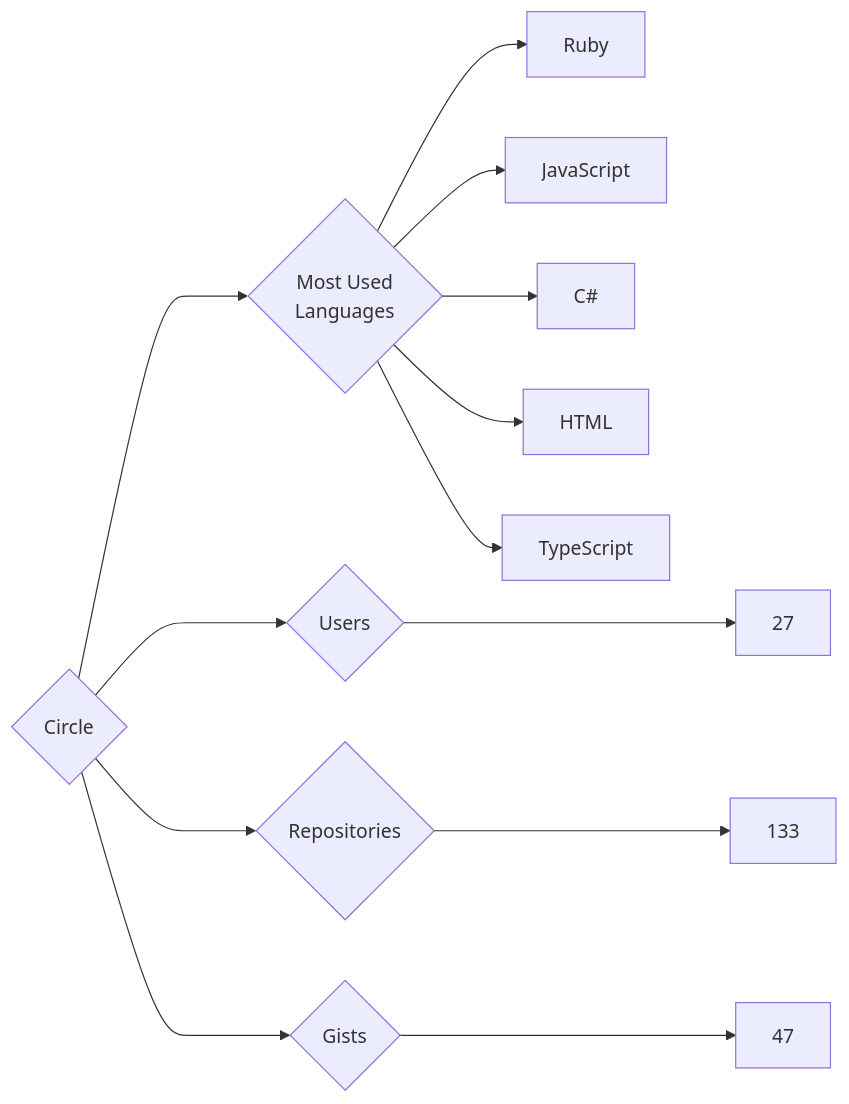
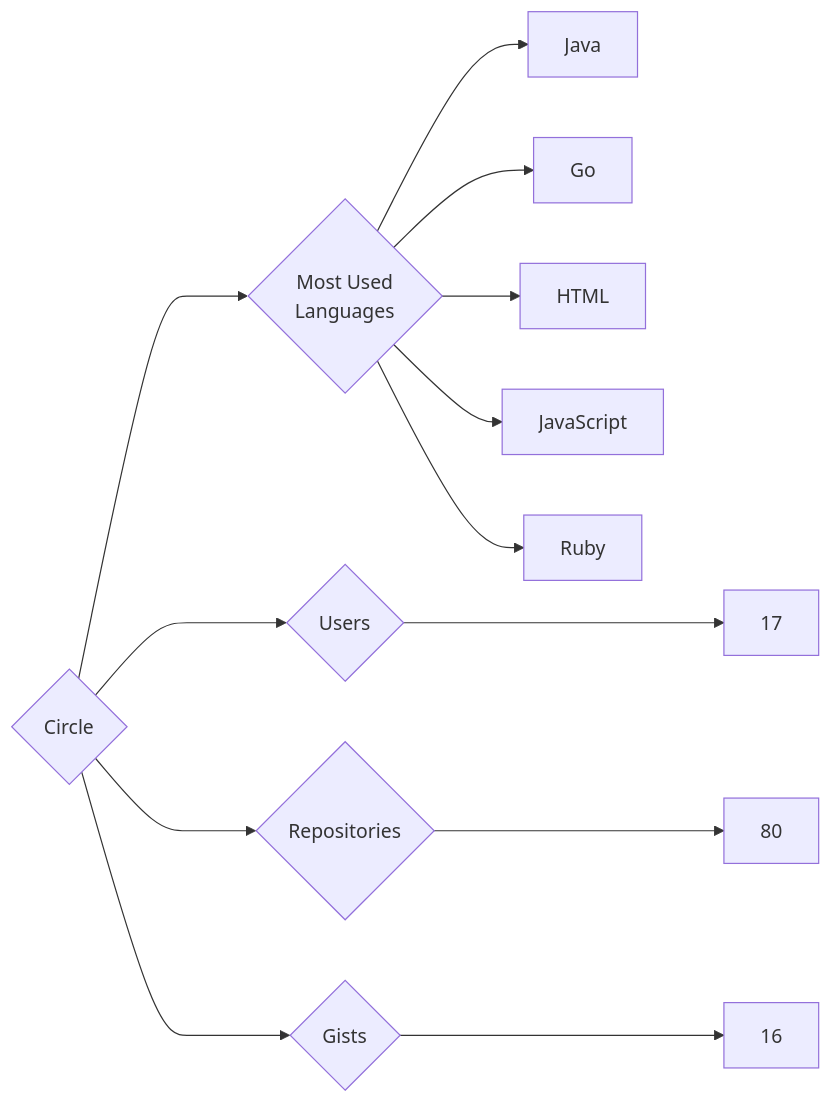
The diagram in targets/Circle/README.md (trickest/insiders), drawn with Mermaid before and after one commit. The commit also changed 895 other files, not shown here.

````diff
--- a/targets/Circle/README.md
+++ b/targets/Circle/README.md
@@ -3,13 +3,13 @@
 ```mermaid
 graph LR
 COMPANY_NAME{Circle}
-COMPANY_NAME ---> U{Users} ---> UN[27]
-COMPANY_NAME ---> R{Repositories} ---> RN[133]
-COMPANY_NAME ---> G{Gists} ---> GN[47]
+COMPANY_NAME ---> U{Users} ---> UN[17]
+COMPANY_NAME ---> R{Repositories} ---> RN[80]
+COMPANY_NAME ---> G{Gists} ---> GN[16]
 COMPANY_NAME ---> ML{Most Used<br>Languages}
+ML --> Java[Java]
+ML --> Go[Go]
+ML --> HTML[HTML]
+ML --> JavaScript[JavaScript]
 ML --> Ruby[Ruby]
-ML --> JavaScript[JavaScript]
-ML --> C#[C#]
-ML --> HTML[HTML]
-ML --> TypeScript[TypeScript]
 ```
````
